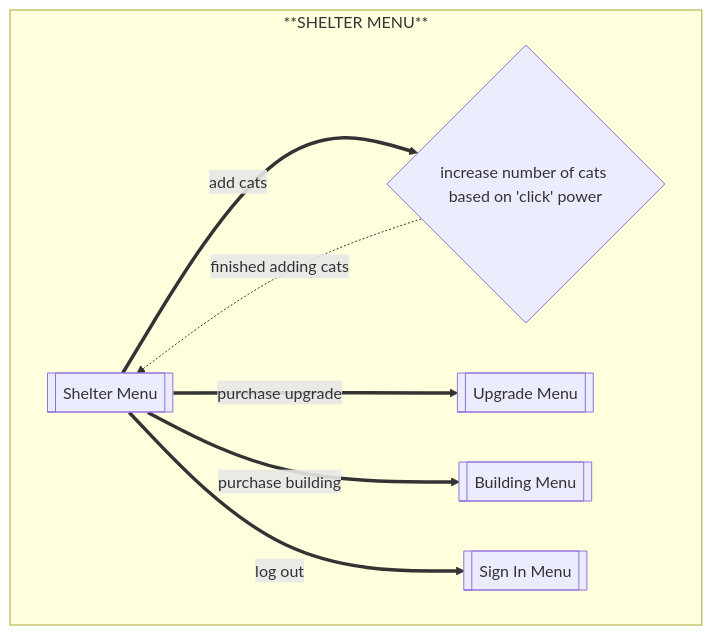
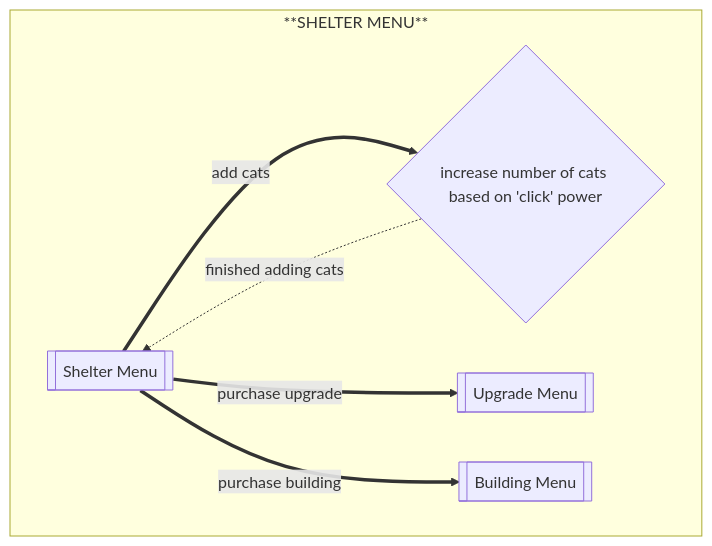
One commit to AndM-55/clicker-game changed the third of 4 diagrams in flows.md. Above: the diagram before and after it, drawn with Mermaid. The commit also changed other lines of this file and 2 other files, not shown here.

````diff
--- a/flows.md
+++ b/flows.md
@@ -13,15 +47,14 @@
 ```mermaid
 flowchart
   subgraph **SHELTER MENU**
     shelter-menu[[Shelter Menu]]
     upgrade-menu[[Upgrade Menu]]
     building-menu[[Building Menu]]
-    sign-in[[Sign In Menu]]
+    
     cat-clicked{increase number of cats based on 'click' power}
     cat-clicked-.finished adding cats.->shelter-menu
     shelter-menu ==add cats==> cat-clicked
     shelter-menu ==purchase upgrade==>upgrade-menu
     shelter-menu==purchase building==>building-menu
-    shelter-menu==log out==>sign-in
   end
 ```
````
